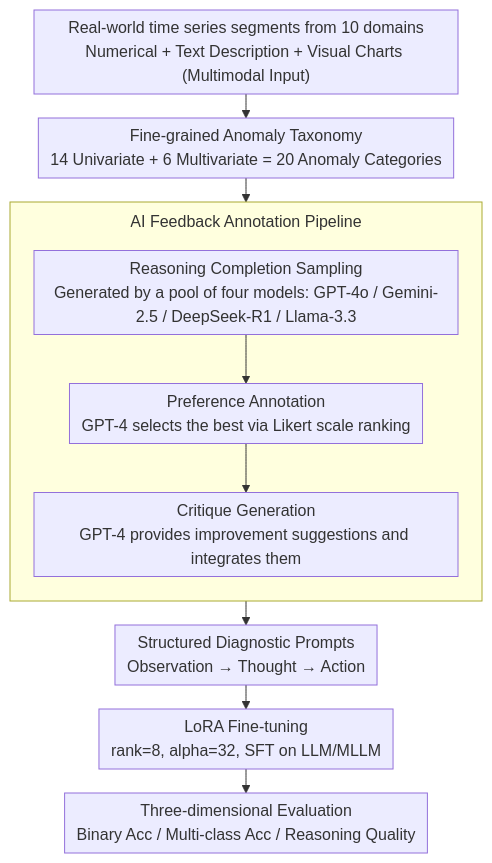
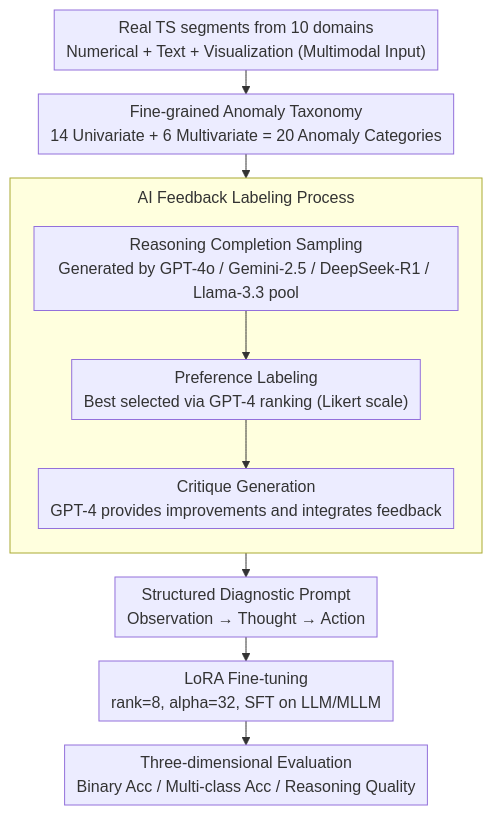
The diagram in docs/ACL2026/time_series/time-ra_towards_time_series_reasoning_for_anomaly_diagnosis_with_llm_feedback.md (zhaoyang97/Paper-Notes-en), drawn with Mermaid before and after one commit. The commit also changed other lines of this file and 5084 other files, not shown here.

````diff
--- a/docs/ACL2026/time_series/time-ra_towards_time_series_reasoning_for_anomaly_diagnosis_with_llm_feedback.md
+++ b/docs/ACL2026/time_series/time-ra_towards_time_series_reasoning_for_anomaly_diagnosis_with_llm_feedback.md
@@ -44,14 +44,14 @@
 ```mermaid
 %%{init: {'flowchart': {'rankSpacing': 24, 'nodeSpacing': 28, 'padding': 6, 'wrappingWidth': 400, 'subGraphTitleMargin': {'top': 8, 'bottom': 16}}}}%%
 flowchart TD
-    A["Real-world time series segments from 10 domains<br/>Numerical + Text Description + Visual Charts (Multimodal Input)"] --> B["Fine-grained Anomaly Taxonomy<br/>14 Univariate + 6 Multivariate = 20 Anomaly Categories"]
+    A["Real TS segments from 10 domains<br/>Numerical + Text + Visualization (Multimodal Input)"] --> B["Fine-grained Anomaly Taxonomy<br/>14 Univariate + 6 Multivariate = 20 Anomaly Categories"]
     B --> C
-    subgraph C["AI Feedback Annotation Pipeline"]
+    subgraph C["AI Feedback Labeling Process"]
         direction TB
-        C1["Reasoning Completion Sampling<br/>Generated by a pool of four models: GPT-4o / Gemini-2.5 / DeepSeek-R1 / Llama-3.3"] --> C2["Preference Annotation<br/>GPT-4 selects the best via Likert scale ranking"]
-        C2 --> C3["Critique Generation<br/>GPT-4 provides improvement suggestions and integrates them"]
+        C1["Reasoning Completion Sampling<br/>Generated by GPT-4o / Gemini-2.5 / DeepSeek-R1 / Llama-3.3 pool"] --> C2["Preference Labeling<br/>Best selected via GPT-4 ranking (Likert scale)"]
+        C2 --> C3["Critique Generation<br/>GPT-4 provides improvements and integrates feedback"]
     end
-    C --> D["Structured Diagnostic Prompts<br/>Observation → Thought → Action"]
+    C --> D["Structured Diagnostic Prompt<br/>Observation → Thought → Action"]
     D --> E["LoRA Fine-tuning<br/>rank=8, alpha=32, SFT on LLM/MLLM"]
     E --> F["Three-dimensional Evaluation<br/>Binary Acc / Multi-class Acc / Reasoning Quality"]
 ```
````
